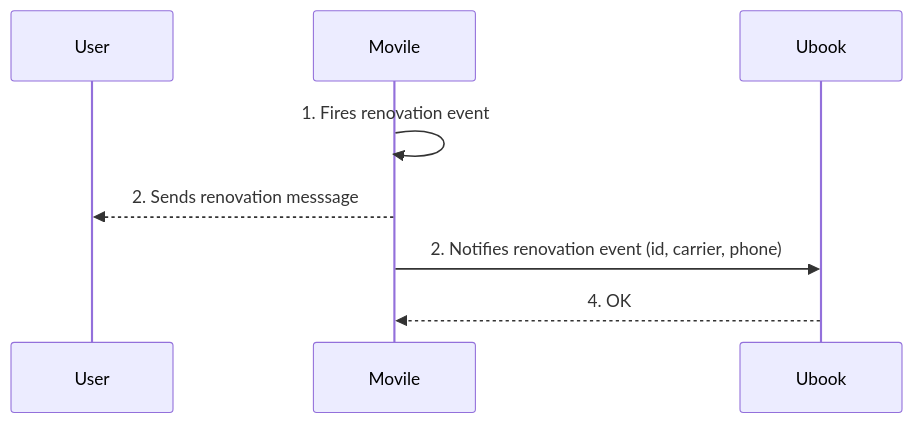
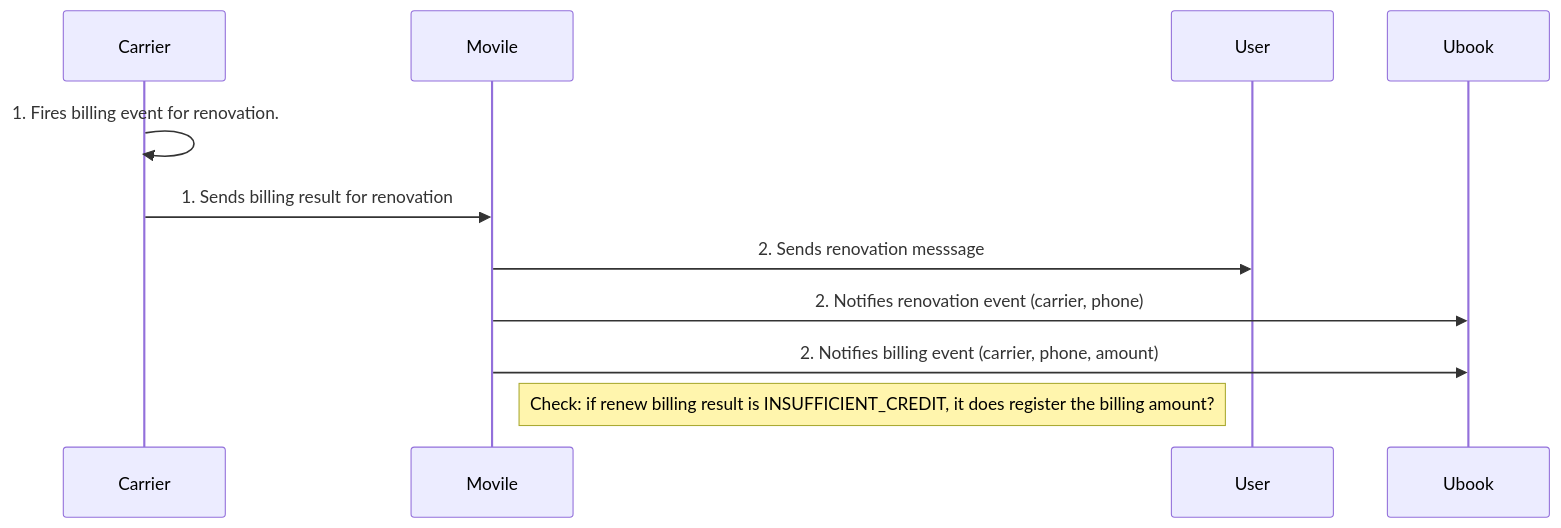
Before and after one commit to ariel-rios-movile/diagrams: the diagram in ubook/renovation.mmd, drawn with Mermaid. The commit also changed 2 other files, not shown here.

Commit message:
Updates diagrams for Ubook.

```diff
--- a/ubook/renovation.mmd
+++ b/ubook/renovation.mmd
@@ -1,9 +1,7 @@
 sequenceDiagram
-    participant User
-    participant Movile
-    participant Ubook
-
-    Movile->>Movile: 1. Fires renovation event
-    Movile-->>User: 2. Sends renovation messsage
-    Movile->>Ubook: 2. Notifies renovation event (id, carrier, phone)
-    Ubook-->>Movile: 4. OK
+    Carrier ->> Carrier: 1. Fires billing event for renovation.
+    Carrier ->> Movile: 1. Sends billing result for renovation
+    Movile ->> User: 2. Sends renovation messsage
+    Movile ->> Ubook: 2. Notifies renovation event (carrier, phone)
+    Movile ->> Ubook: 2. Notifies billing event (carrier, phone, amount)
+    Note right of Movile: Check: if renew billing result is INSUFFICIENT_CREDIT, it does register the billing amount?
```
